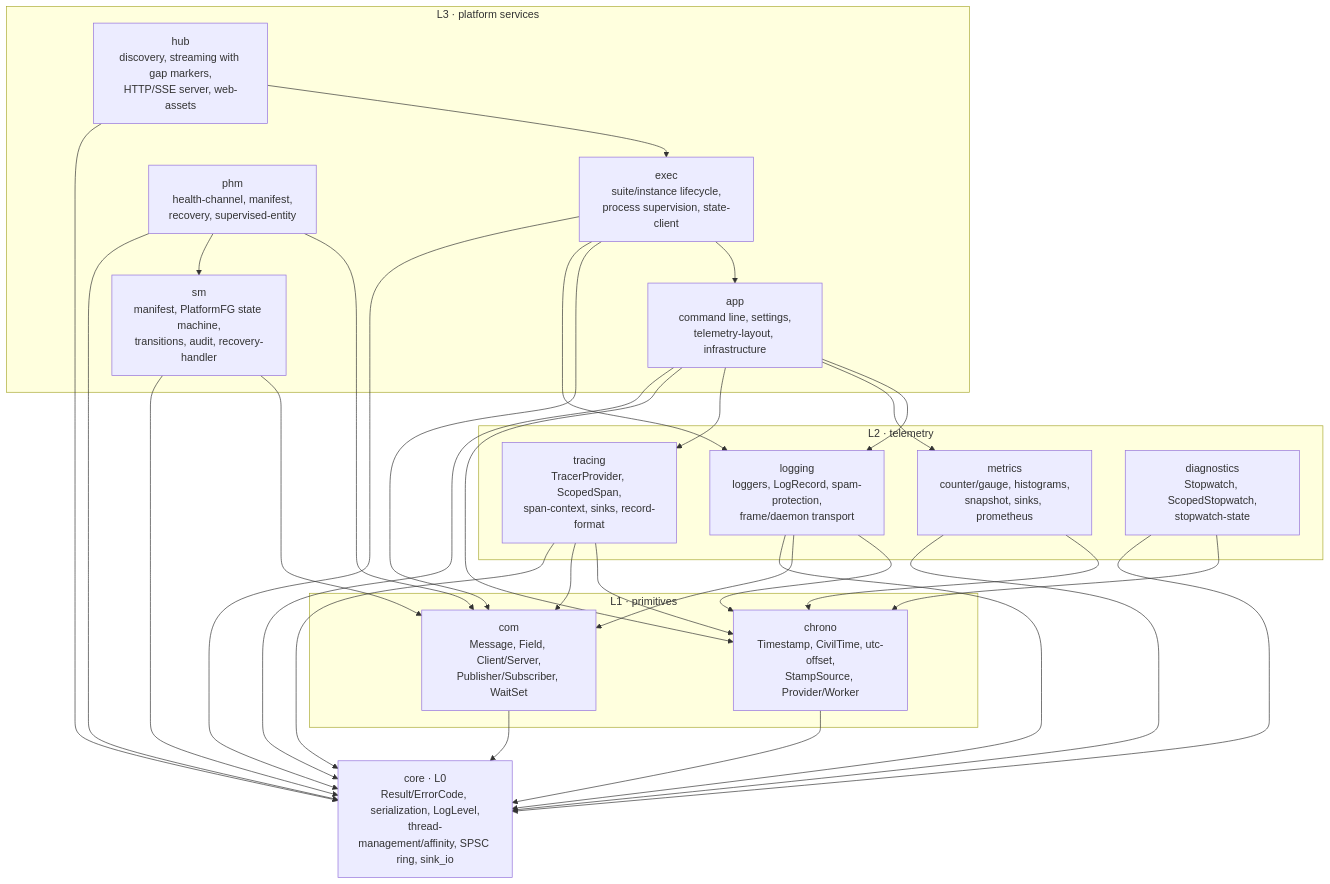
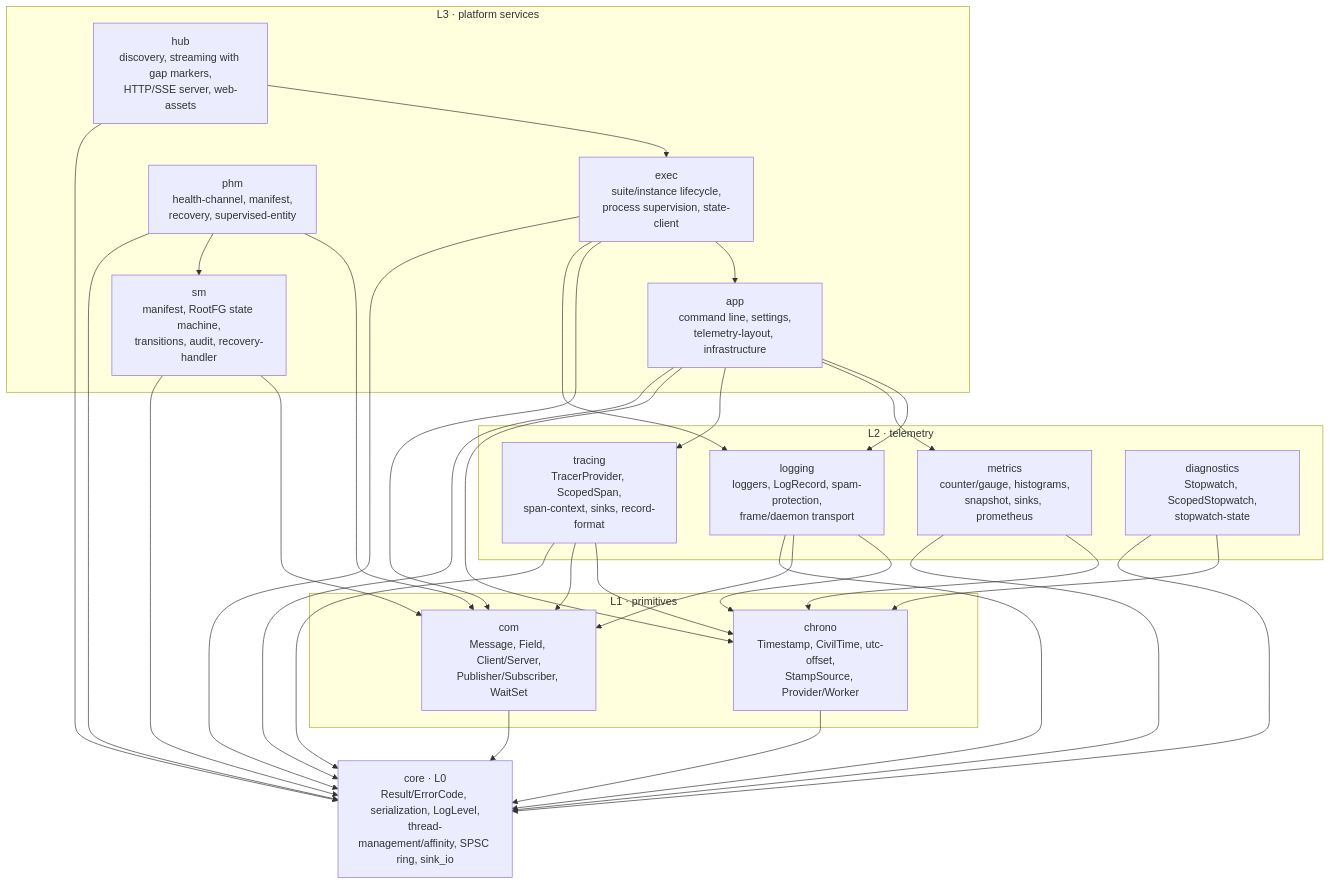
Before and after one commit to nexigen-tech/nexigen-cpp: the first of 6 diagrams in docs/architecture.md, drawn with Mermaid. The commit also changed other lines of this file and 35 other files, not shown here.

````diff
--- a/docs/architecture.md
+++ b/docs/architecture.md
@@ -78,53 +78,53 @@
 ```mermaid
 flowchart TD
     subgraph L3["L3 · platform services"]
         APP["app<br/>command line, settings,<br/>telemetry-layout, infrastructure"]
         EXEC["exec<br/>suite/instance lifecycle,<br/>process supervision, state-client"]
         HUB["hub<br/>discovery, streaming with gap markers,<br/>HTTP/SSE server, web-assets"]
         PHM["phm<br/>health-channel, manifest,<br/>recovery, supervised-entity"]
-        SM["sm<br/>manifest, PlatformFG state machine,<br/>transitions, audit, recovery-handler"]
+        SM["sm<br/>manifest, RootFG state machine,<br/>transitions, audit, recovery-handler"]
     end
 
     subgraph L2["L2 · telemetry"]
         LOG["logging<br/>loggers, LogRecord, spam-protection,<br/>frame/daemon transport"]
         MET["metrics<br/>counter/gauge, histograms,<br/>snapshot, sinks, prometheus"]
         TRC["tracing<br/>TracerProvider, ScopedSpan,<br/>span-context, sinks, record-format"]
         DIA["diagnostics<br/>Stopwatch, ScopedStopwatch,<br/>stopwatch-state"]
     end
 
     subgraph L1["L1 · primitives"]
         CHR["chrono<br/>Timestamp, CivilTime, utc-offset,<br/>StampSource, Provider/Worker"]
         COM["com<br/>Message, Field, Client/Server,<br/>Publisher/Subscriber, WaitSet"]
     end
 
     CORE["core · L0<br/>Result/ErrorCode, serialization, LogLevel,<br/>thread-management/affinity, SPSC ring, sink_io"]
 
     APP --> LOG
     APP --> MET
     APP --> TRC
     APP --> CHR
     EXEC --> APP
     EXEC --> COM
     EXEC --> LOG
     HUB --> EXEC
     PHM --> COM
     PHM --> SM
     SM --> COM
     LOG --> CHR
     LOG --> COM
     MET --> CHR
     TRC --> CHR
     TRC --> COM
     DIA --> CHR
     CHR --> CORE
     COM --> CORE
     LOG --> CORE
     MET --> CORE
     TRC --> CORE
     DIA --> CORE
     APP --> CORE
     EXEC --> CORE
     HUB --> CORE
     PHM --> CORE
     SM --> CORE
 ```
````
